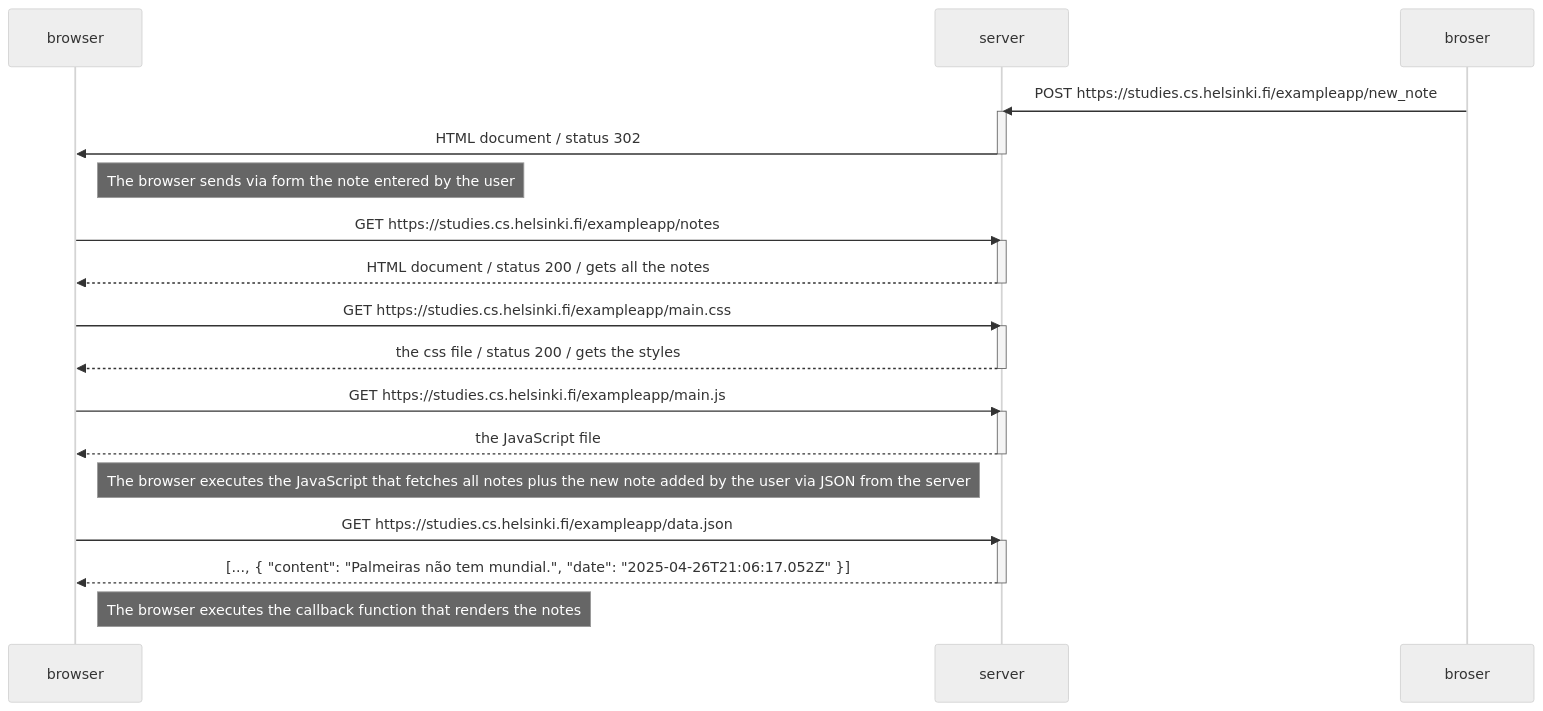
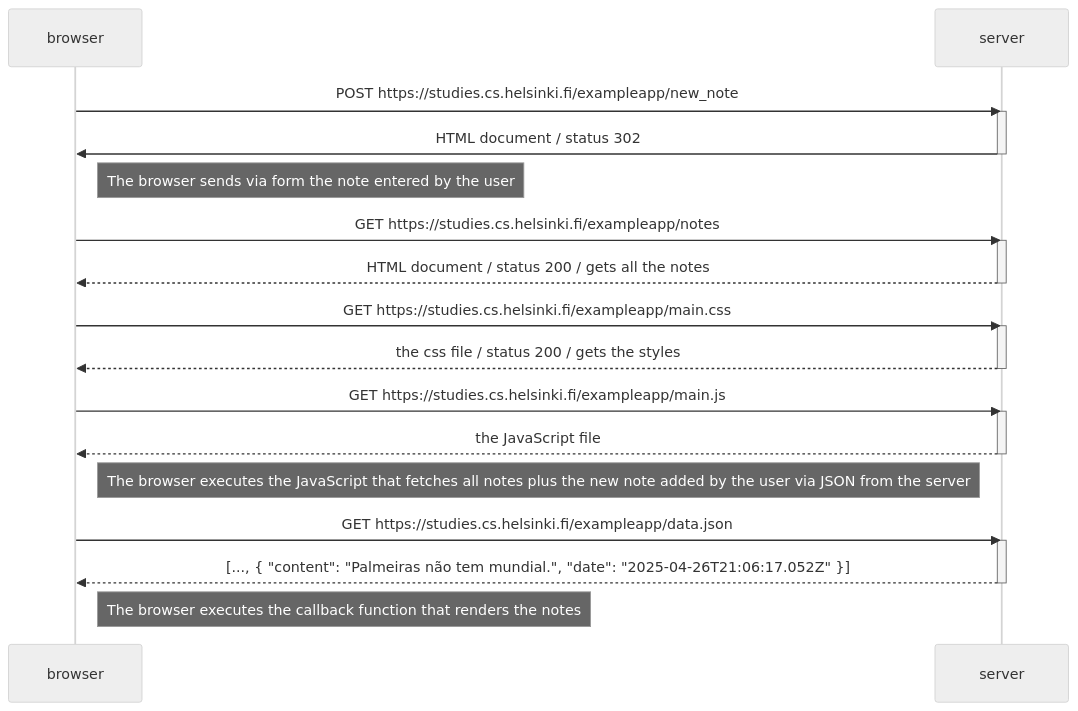
The diagram in 0.4-new-note-diagram/note-graph.md (natanielporto/fullstack-open), drawn with Mermaid (neutral theme) before and after one commit.

Commit message:
add first exercise

````diff
--- a/0.4-new-note-diagram/note-graph.md
+++ b/0.4-new-note-diagram/note-graph.md
@@ -1,37 +1,37 @@
 ```mermaid
 sequenceDiagram
   participant browser
   participant server
 
-  broser ->>server: POST https://studies.cs.helsinki.fi/exampleapp/new_note
+  browser->>server: POST https://studies.cs.helsinki.fi/exampleapp/new_note
   activate server
-  server ->> browser: HTML document / status 302
+  server->>browser: HTML document / status 302
   deactivate server
 
   Note right of browser: The browser sends via form the note entered by the user
 
   browser->>server: GET https://studies.cs.helsinki.fi/exampleapp/notes
   activate server
   server-->>browser: HTML document / status 200 / gets all the notes
   deactivate server
 
   browser->>server: GET https://studies.cs.helsinki.fi/exampleapp/main.css
   activate server
   server-->>browser: the css file / status 200 / gets the styles
   deactivate server
 
   browser->>server: GET https://studies.cs.helsinki.fi/exampleapp/main.js
   activate server
   server-->>browser: the JavaScript file
   deactivate server
 
   Note right of browser: The browser executes the JavaScript that fetches all notes plus the new note added by the user via JSON from the server
 
   browser->>server: GET https://studies.cs.helsinki.fi/exampleapp/data.json
   activate server
   server-->>browser: [..., { "content": "Palmeiras não tem mundial.", "date": "2025-04-26T21:06:17.052Z" }]
   deactivate server
 
   Note right of browser: The browser executes the callback function that renders the notes
 
 ```
````
